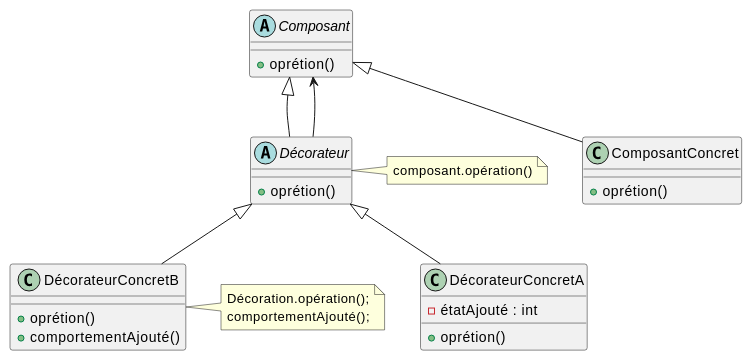
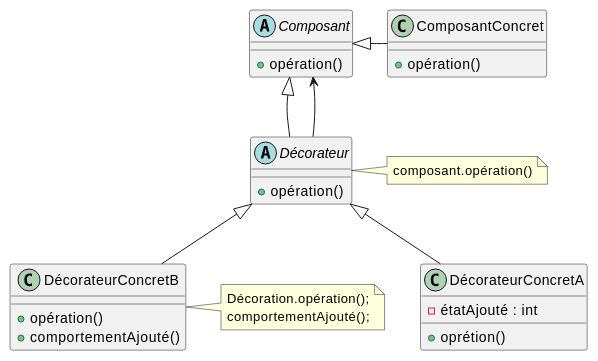
Before and after one commit to Attadeurtia/blog: the third of 9 diagrams in content/posts/Design_Patterns.md, drawn with PlantUML. The commit also changed other lines of this file, not shown here.

````diff
--- a/content/posts/Design_Patterns.md
+++ b/content/posts/Design_Patterns.md
@@ -122,33 +136,33 @@
 ```plantuml
 @startuml
 
 abstract Composant{
-	+ oprétion()
+ + opération()
 }
 
-ComposantConcret : + oprétion()
+ComposantConcret : + opération()
 
 abstract Décorateur{
-	+ oprétion()
+ + opération()
 }
 
 class DécorateurConcretA{
-	- étatAjouté : int
-	+ oprétion()
+ - étatAjouté : int
+ + oprétion()
 }
 
 class DécorateurConcretB{
-	+ oprétion()
-	+ comportementAjouté()
+ + opération()
+ + comportementAjouté()
 }
 
 note right of Décorateur : composant.opération()
 note right of DécorateurConcretB : Décoration.opération();\ncomportementAjouté();
 
-Composant <|-- ComposantConcret
+Composant <|- ComposantConcret
 Composant <|-- Décorateur
 Composant <-- Décorateur
 Décorateur <|-- DécorateurConcretA
 Décorateur <|-- DécorateurConcretB
-@end
+@enduml
 ```
````
